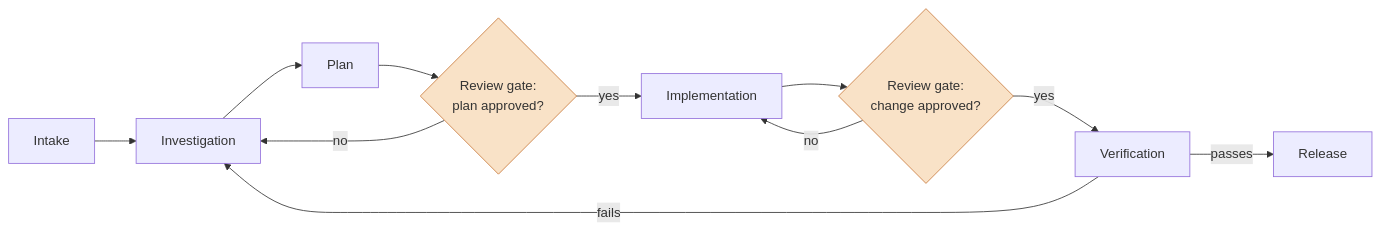
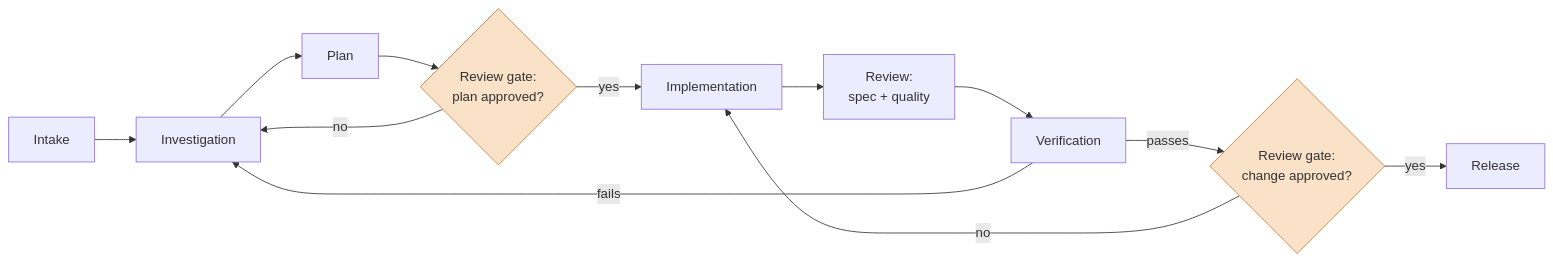
Before and after one commit to simoncheam/agentic-engineering-standards: the diagram in README.md, drawn with Mermaid. The commit also changed other lines of this file and 5 other files, not shown here.

Commit message:
chore: save progress - prep repo for public release with MIT license, revise AD-2 to allow commands/ for prompt-only entrypoints, and sync docs to current skill names and review/verify flow

````diff
--- a/README.md
+++ b/README.md
@@ -24,16 +24,17 @@
 ```mermaid
 flowchart LR
     A[Intake] --> B[Investigation]
     B --> C[Plan]
     C --> G1{Review gate:<br/>plan approved?}
     G1 -- no --> B
     G1 -- yes --> D[Implementation]
-    D --> G2{Review gate:<br/>change approved?}
+    D --> R[Review:<br/>spec + quality]
+    R --> V[Verification]
+    V -- fails --> B
+    V -- passes --> G2{Review gate:<br/>change approved?}
     G2 -- no --> D
-    G2 -- yes --> E[Verification]
-    E -- fails --> B
-    E -- passes --> F[Release]
+    G2 -- yes --> F[Release]
 
     style G1 fill:#f9e2c7,stroke:#c97a3d,color:#333
     style G2 fill:#f9e2c7,stroke:#c97a3d,color:#333
 ```
````
